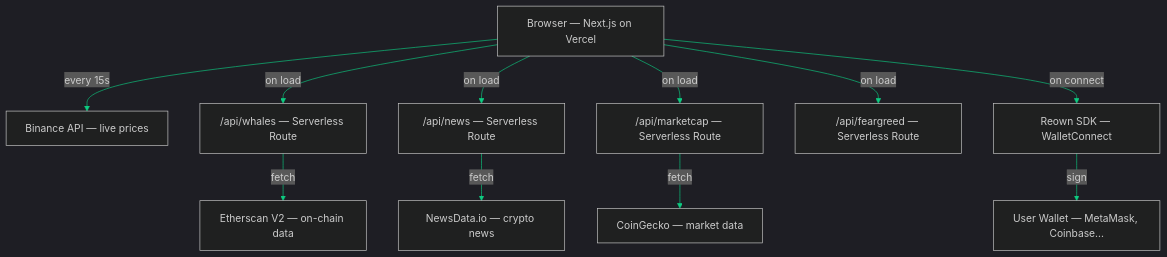
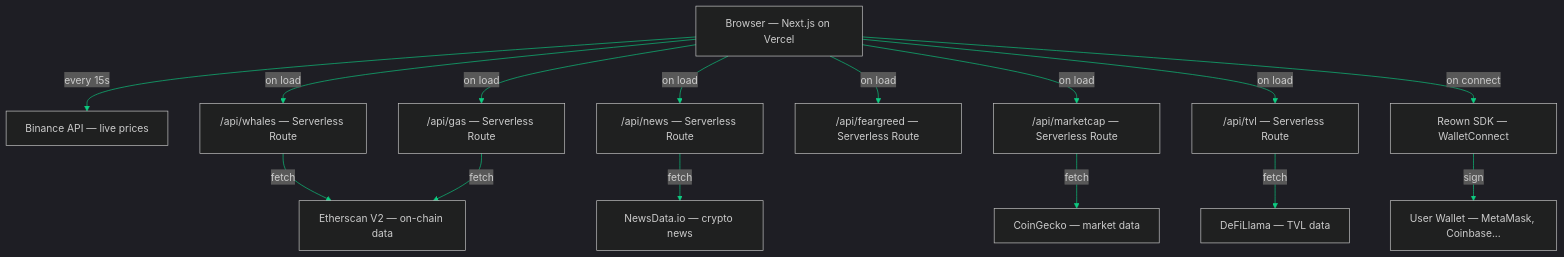
Before and after one commit to kurzmichael02-hue/whaletrack: the diagram in README.md, drawn with Mermaid. The commit also changed other lines of this file, not shown here.

````diff
--- a/README.md
+++ b/README.md
@@ -24,17 +30,19 @@
 ```mermaid
 %%{init: {'theme': 'dark', 'themeVariables': {'primaryColor': '#1a1f35', 'primaryTextColor': '#fff', 'primaryBorderColor': '#0ecb81', 'lineColor': '#0ecb81', 'secondaryColor': '#0d1529', 'tertiaryColor': '#0a0f1e'}}}%%
 flowchart TD
     Browser["Browser — Next.js on Vercel"]
-
     Browser -->|every 15s| Binance["Binance API — live prices"]
     Browser -->|on load| Whales["/api/whales — Serverless Route"]
     Browser -->|on load| News["/api/news — Serverless Route"]
     Browser -->|on load| Market["/api/marketcap — Serverless Route"]
     Browser -->|on load| FG["/api/feargreed — Serverless Route"]
+    Browser -->|on load| Gas["/api/gas — Serverless Route"]
+    Browser -->|on load| TVL["/api/tvl — Serverless Route"]
     Browser -->|on connect| Wallet["Reown SDK — WalletConnect"]
-
     Whales -->|fetch| Etherscan["Etherscan V2 — on-chain data"]
     News -->|fetch| NewsData["NewsData.io — crypto news"]
     Market -->|fetch| CoinGecko["CoinGecko — market data"]
+    Gas -->|fetch| Etherscan
+    TVL -->|fetch| DeFiLlama["DeFiLlama — TVL data"]
     Wallet -->|sign| UserWallet["User Wallet — MetaMask, Coinbase..."]
 ```
````
